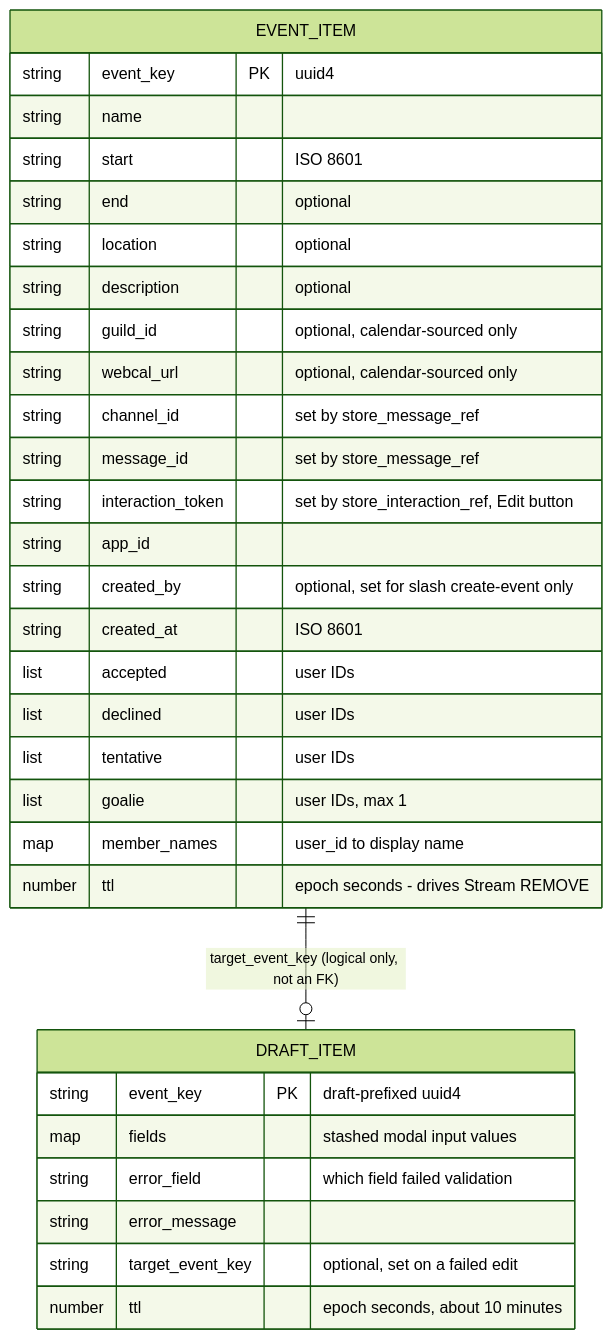
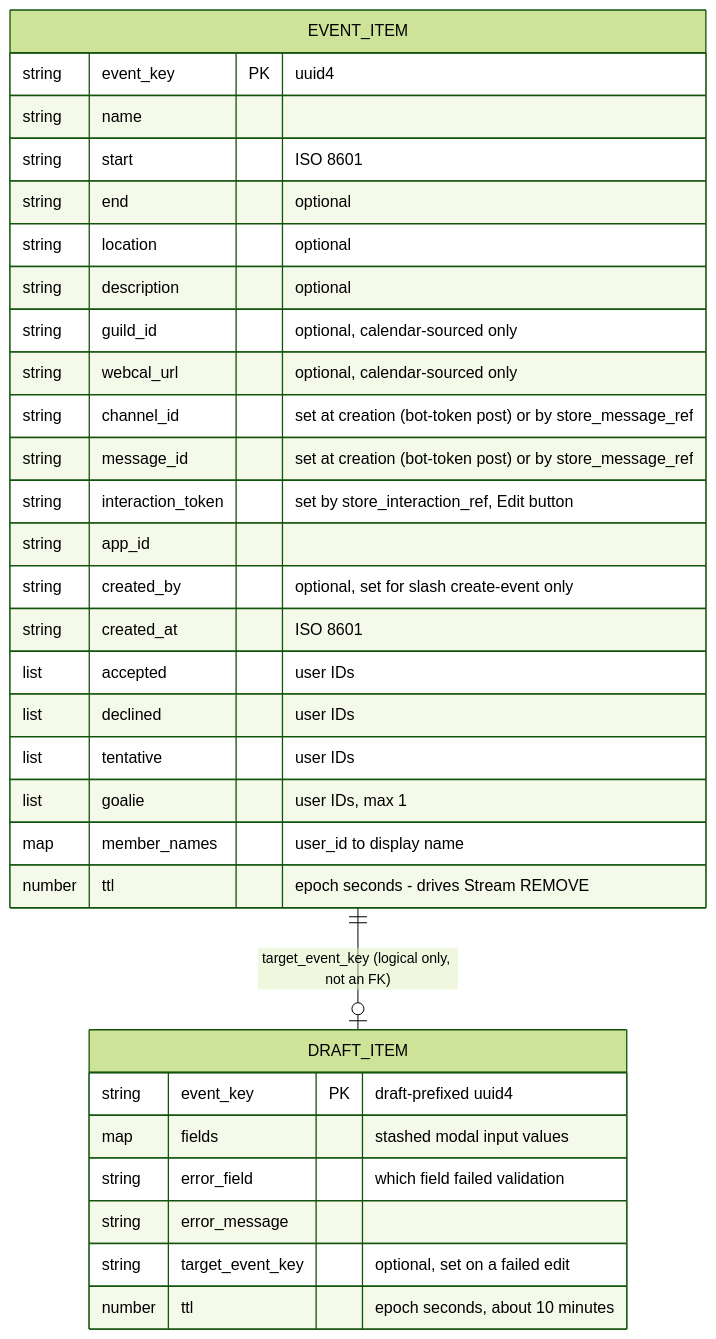
The second of 4 diagrams in docs/ARCHITECTURE.md (marcmaniscalco/BenchBoss), drawn with Mermaid (forest theme) before and after one commit. The commit also changed other lines of this file, not shown here.

First line of the commit message:
Document the message-first fix for /create-event and the TTL repost

````diff
--- a/docs/ARCHITECTURE.md
+++ b/docs/ARCHITECTURE.md
@@ -120,34 +151,34 @@
 ```mermaid
 erDiagram
     EVENT_ITEM {
         string event_key PK "uuid4"
         string name
         string start "ISO 8601"
         string end "optional"
         string location "optional"
         string description "optional"
         string guild_id "optional, calendar-sourced only"
         string webcal_url "optional, calendar-sourced only"
-        string channel_id "set by store_message_ref"
-        string message_id "set by store_message_ref"
+        string channel_id "set at creation (bot-token post) or by store_message_ref"
+        string message_id "set at creation (bot-token post) or by store_message_ref"
         string interaction_token "set by store_interaction_ref, Edit button"
         string app_id
         string created_by "optional, set for slash create-event only"
         string created_at "ISO 8601"
         list accepted "user IDs"
         list declined "user IDs"
         list tentative "user IDs"
         list goalie "user IDs, max 1"
         map member_names "user_id to display name"
         number ttl "epoch seconds - drives Stream REMOVE"
     }
     DRAFT_ITEM {
         string event_key PK "draft-prefixed uuid4"
         map fields "stashed modal input values"
         string error_field "which field failed validation"
         string error_message
         string target_event_key "optional, set on a failed edit"
         number ttl "epoch seconds, about 10 minutes"
     }
     EVENT_ITEM ||--o| DRAFT_ITEM : "target_event_key (logical only, not an FK)"
 ```
````
